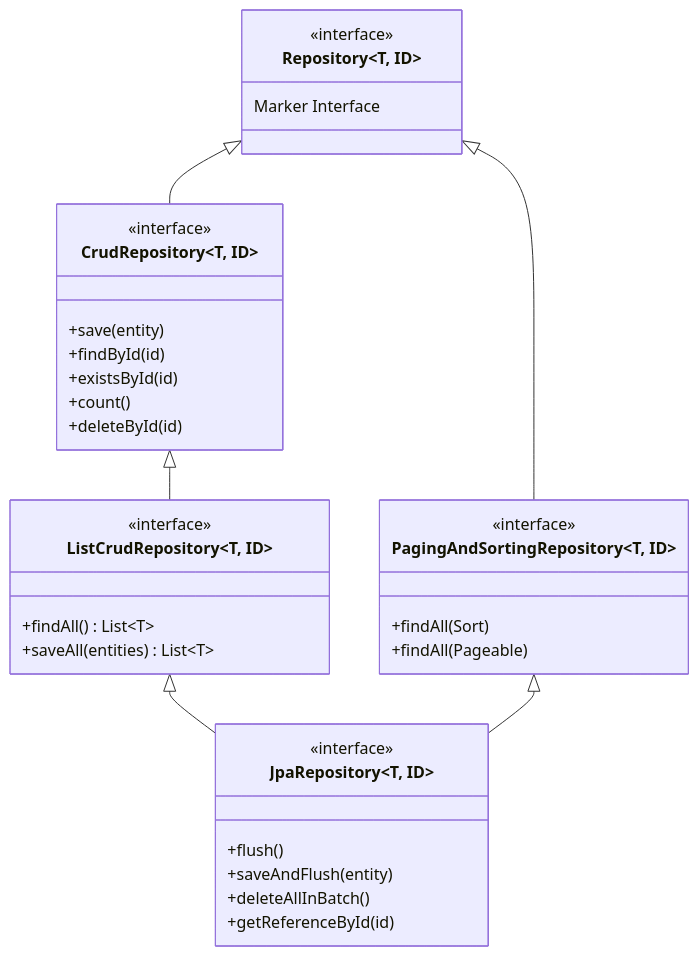
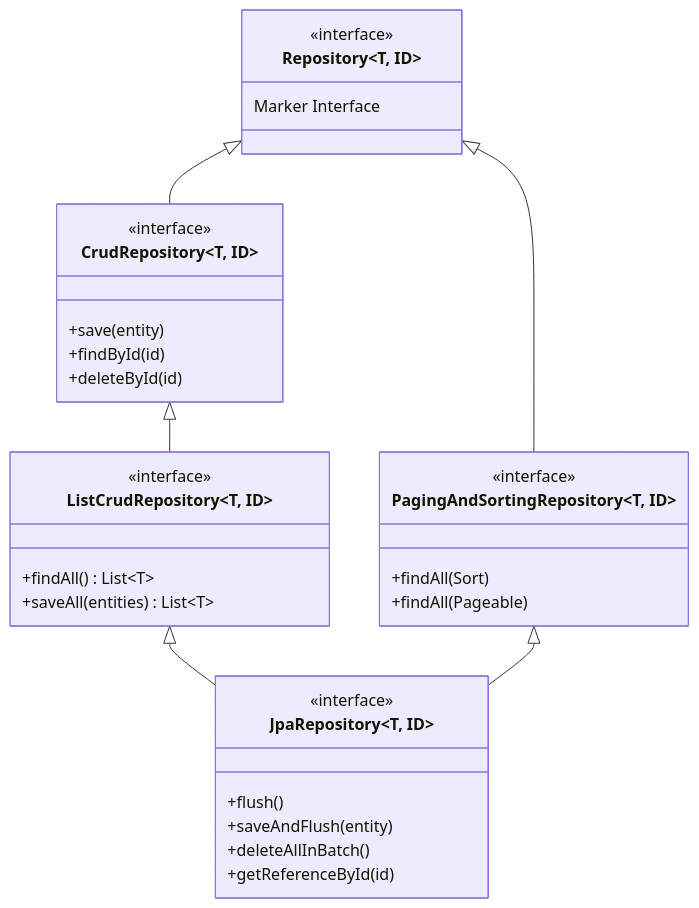
Before and after one commit to SrinuRenangi/Gen-AI-Java: the diagram in Phase_04_Spring_Data_JPA_Database/Day_22_Spring_Data_Repositories_Queries/Day_22_Spring_Data_Repositories_Queries.md, drawn with Mermaid. The commit also changed other lines of this file and 5 other files, not shown here.

````diff
--- a/Phase_04_Spring_Data_JPA_Database/Day_22_Spring_Data_Repositories_Queries/Day_22_Spring_Data_Repositories_Queries.md
+++ b/Phase_04_Spring_Data_JPA_Database/Day_22_Spring_Data_Repositories_Queries/Day_22_Spring_Data_Repositories_Queries.md
@@ -99,38 +100,36 @@
 ```mermaid
 classDiagram
     class Repository~T, ID~ {
         <<interface>>
         Marker Interface
     }
     class CrudRepository~T, ID~ {
         <<interface>>
         +save(entity)
         +findById(id)
-        +existsById(id)
-        +count()
         +deleteById(id)
     }
     class ListCrudRepository~T, ID~ {
         <<interface>>
         +findAll() List~T~
         +saveAll(entities) List~T~
     }
     class PagingAndSortingRepository~T, ID~ {
         <<interface>>
         +findAll(Sort)
         +findAll(Pageable)
     }
     class JpaRepository~T, ID~ {
         <<interface>>
         +flush()
         +saveAndFlush(entity)
         +deleteAllInBatch()
         +getReferenceById(id)
     }
 
     Repository <|-- CrudRepository
     CrudRepository <|-- ListCrudRepository
     Repository <|-- PagingAndSortingRepository
     ListCrudRepository <|-- JpaRepository
     PagingAndSortingRepository <|-- JpaRepository
 ```
````
